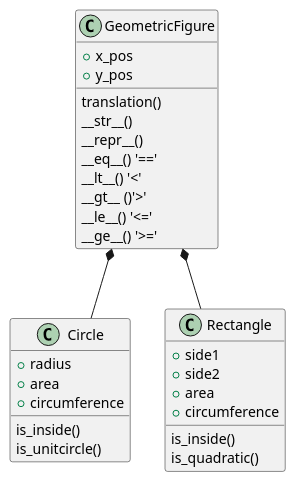
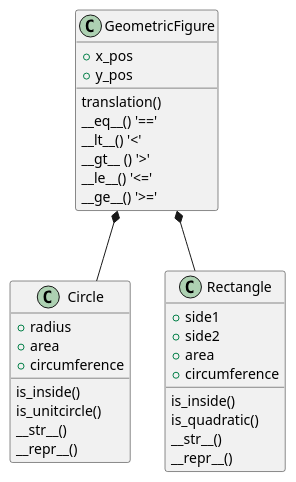
One commit to dancla240/Python_Daniel_Claesson changed the diagram in Lab3/Lab3_UML.md. Above: the diagram before and after it, drawn with PlantUML. The commit also changed 1 other file, not shown here.

Commit message:
Updated UML. Moved str and repr methods from GeometricFigure to Circle and Rectangle respectiveley.

```diff
--- a/Lab3/Lab3_UML.md
+++ b/Lab3/Lab3_UML.md
@@ -3,35 +3,37 @@
 @startuml
 class GeometricFigure {  
 +x_pos  
 +y_pos  
 translation()  
-__str__()  
-__repr__()  
 __eq__() '=='
 __lt__() '<'
-__gt__ ()'>'
+__gt__ () '>'
 __le__() '<='
 __ge__() '>='
 }  
   
 class Circle {  
 +radius  
 +area  
 +circumference  
 is_inside()  
 is_unitcircle()  
+__str__()  
+__repr__()  
 }  
   
 class Rectangle {  
 +side1  
 +side2  
 +area  
 +circumference  
 is_inside()  
 is_quadratic()  
+__str__()  
+__repr__()  
 }  
     
 GeometricFigure *-- Circle  
 GeometricFigure *-- Rectangle  
   
 @enduml
```
